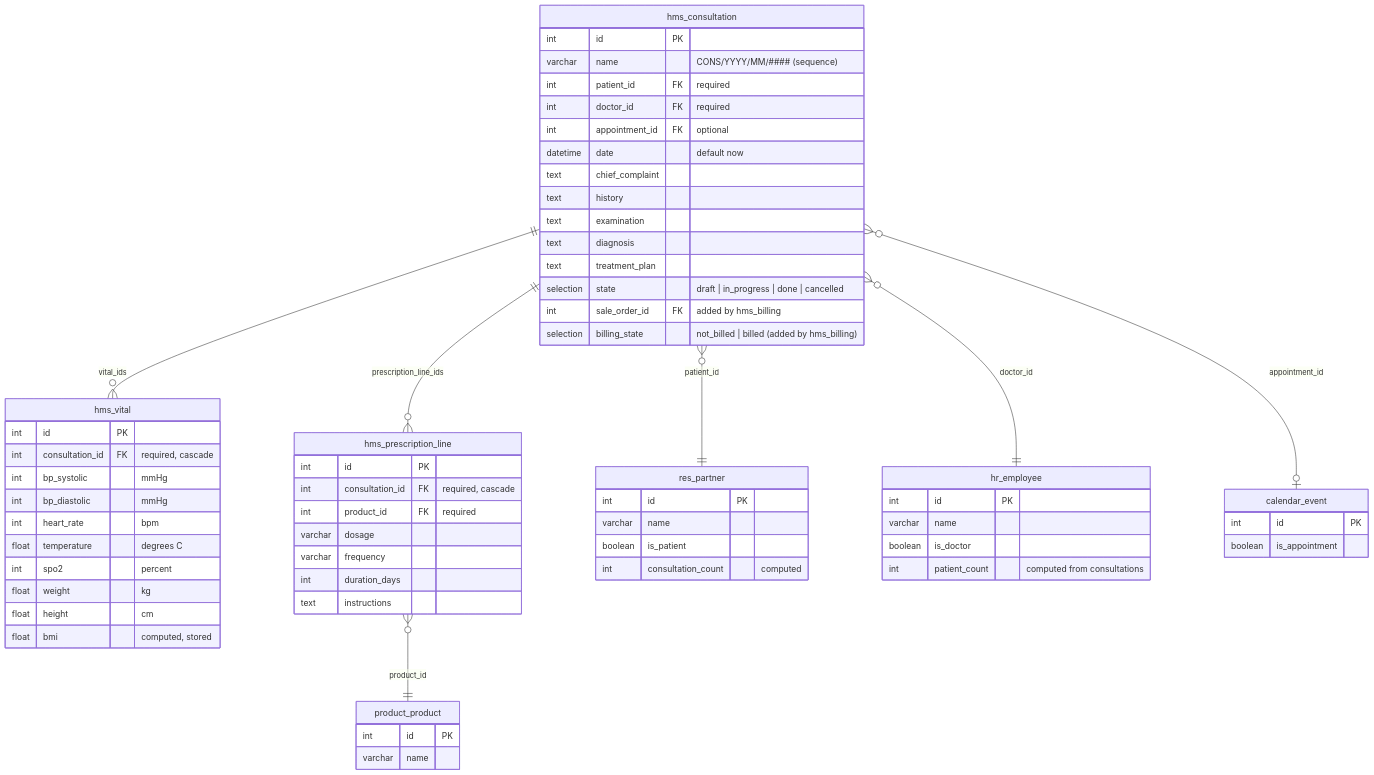
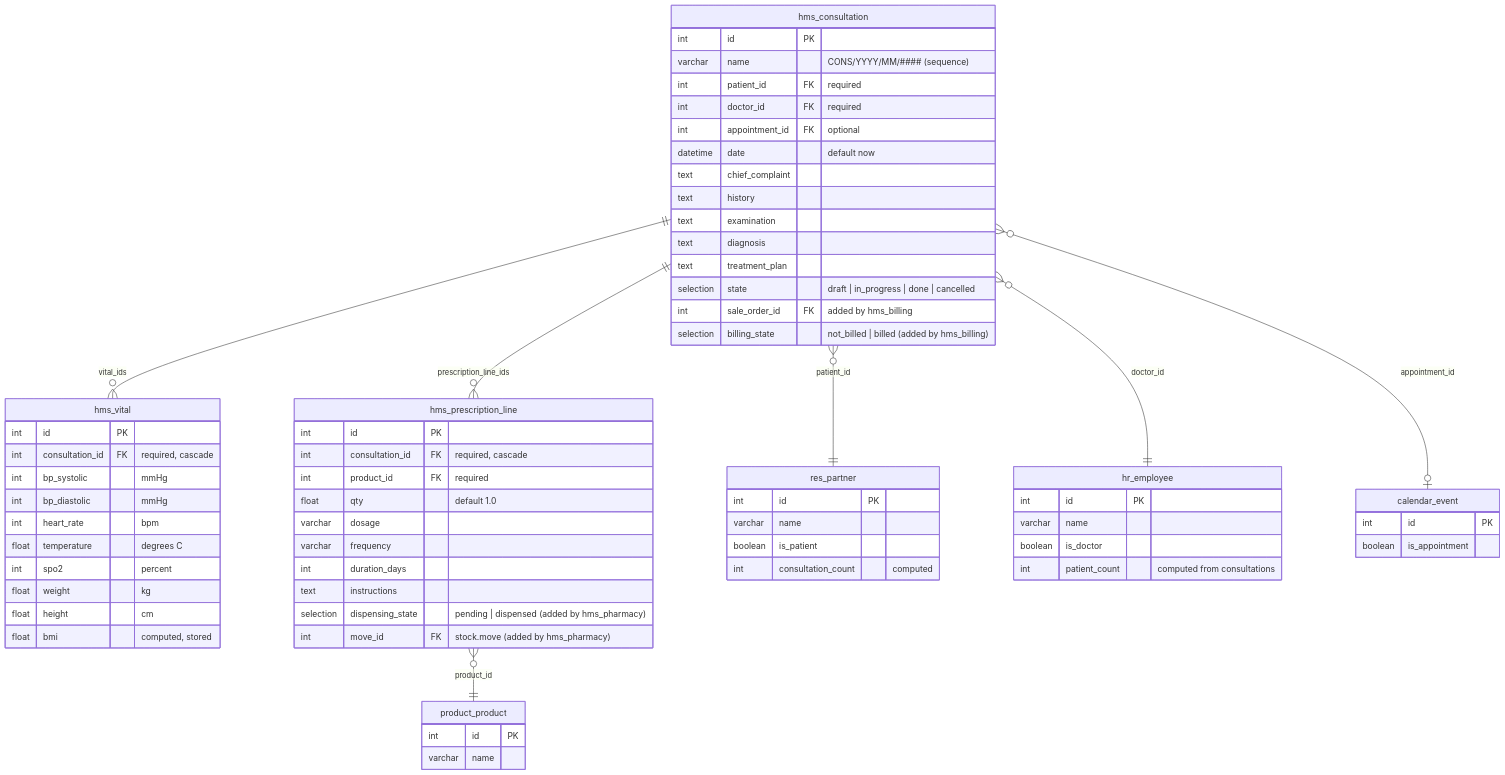
The first of 2 diagrams in docs/guide/hms-clinical-erd.md (reichie020212/odoo-hospital), drawn with Mermaid before and after one commit. The commit also changed 1 other file, not shown here.

Commit message:
docs: add hms_pharmacy ERD, update hms_clinical ERD with qty and pharmacy fields

````diff
--- a/docs/guide/hms-clinical-erd.md
+++ b/docs/guide/hms-clinical-erd.md
@@ -3,73 +3,76 @@
 ```mermaid
 erDiagram
     hms_consultation {
         int id PK
         varchar name "CONS/YYYY/MM/#### (sequence)"
         int patient_id FK "required"
         int doctor_id FK "required"
         int appointment_id FK "optional"
         datetime date "default now"
         text chief_complaint
         text history
         text examination
         text diagnosis
         text treatment_plan
         selection state "draft | in_progress | done | cancelled"
         int sale_order_id FK "added by hms_billing"
         selection billing_state "not_billed | billed (added by hms_billing)"
     }
 
     hms_vital {
         int id PK
         int consultation_id FK "required, cascade"
         int bp_systolic "mmHg"
         int bp_diastolic "mmHg"
         int heart_rate "bpm"
         float temperature "degrees C"
         int spo2 "percent"
         float weight "kg"
         float height "cm"
         float bmi "computed, stored"
     }
 
     hms_prescription_line {
         int id PK
         int consultation_id FK "required, cascade"
         int product_id FK "required"
+        float qty "default 1.0"
         varchar dosage
         varchar frequency
         int duration_days
         text instructions
+        selection dispensing_state "pending | dispensed (added by hms_pharmacy)"
+        int move_id FK "stock.move (added by hms_pharmacy)"
     }
 
     res_partner {
         int id PK
         varchar name
         boolean is_patient
         int consultation_count "computed"
     }
 
     hr_employee {
         int id PK
         varchar name
         boolean is_doctor
         int patient_count "computed from consultations"
     }
 
     product_product {
         int id PK
         varchar name
     }
 
     calendar_event {
         int id PK
         boolean is_appointment
     }
 
     hms_consultation ||--o{ hms_vital : "vital_ids"
     hms_consultation ||--o{ hms_prescription_line : "prescription_line_ids"
     hms_consultation }o--|| res_partner : "patient_id"
     hms_consultation }o--|| hr_employee : "doctor_id"
     hms_consultation }o--o| calendar_event : "appointment_id"
     hms_prescription_line }o--|| product_product : "product_id"
 ```
````
